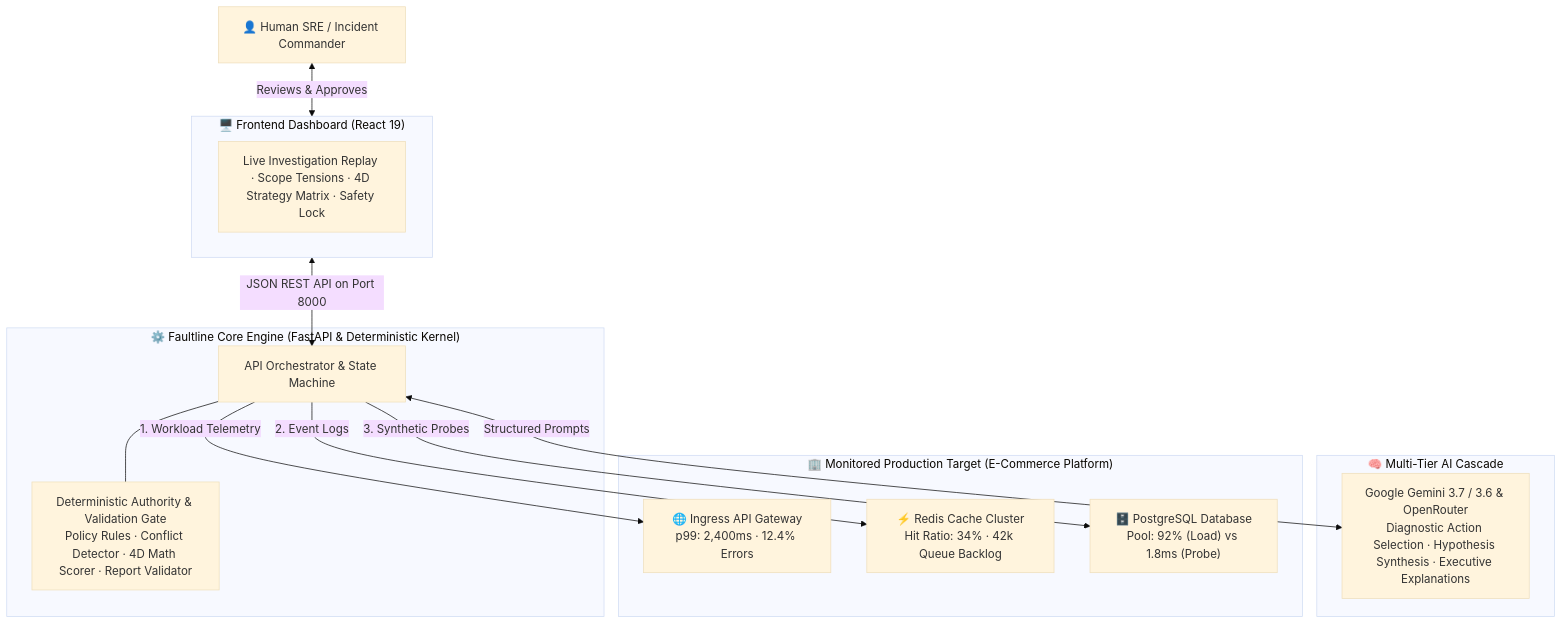
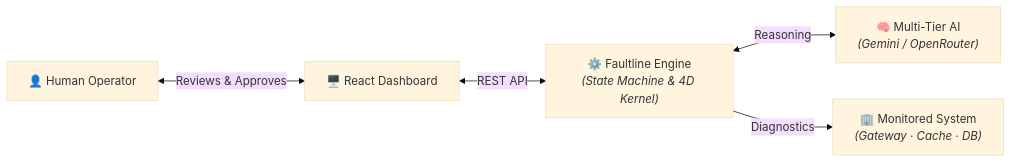
Before and after one commit to AnasBabari/LEC_AI: the first of 3 diagrams in README.md, drawn with Mermaid (base theme). The commit also changed other lines of this file, not shown here.

First line of the commit message:
docs(readme): streamline Mermaid diagrams into compact, clean, readable layouts

````diff
--- a/README.md
+++ b/README.md
@@ -90,31 +88,7 @@
 ```mermaid
-flowchart TD
-    User["👤 Human SRE / Incident Commander"]
-    
-    subgraph UI["🖥️ Frontend Dashboard (React 19)"]
-        UI_Box["Live Investigation Replay · Scope Tensions · 4D Strategy Matrix · Safety Lock"]
-    end
-
-    subgraph Backend["⚙️ Faultline Core Engine (FastAPI & Deterministic Kernel)"]
-        API["API Orchestrator & State Machine"]
-        Kernel["Deterministic Authority & Validation Gate<br/>Policy Rules · Conflict Detector · 4D Math Scorer · Report Validator"]
-        API --- Kernel
-    end
-
-    subgraph AI["🧠 Multi-Tier AI Cascade"]
-        LLM["Google Gemini 3.7 / 3.6 & OpenRouter<br/>Diagnostic Action Selection · Hypothesis Synthesis · Executive Explanations"]
-    end
-
-    subgraph MonitoredSystem["🏢 Monitored Production Target (E-Commerce Platform)"]
-        GW["🌐 Ingress API Gateway<br/>p99: 2,400ms · 12.4% Errors"]
-        Cache["⚡ Redis Cache Cluster<br/>Hit Ratio: 34% · 42k Queue Backlog"]
-        DB["🗄️ PostgreSQL Database<br/>Pool: 92% (Load) vs 1.8ms (Probe)"]
-    end
-
-    User <-->|Reviews & Approves| UI
-    UI <-->|JSON REST API on Port 8000| API
-    API <-->|Structured Prompts| LLM
-    API -->|1. Workload Telemetry| GW
-    API -->|2. Event Logs| Cache
-    API -->|3. Synthetic Probes| DB
+flowchart LR
+    User["👤 Human Operator"] <-->|Reviews & Approves| UI["🖥️ React Dashboard"]
+    UI <-->|REST API| Backend["⚙️ Faultline Engine<br/><i>(State Machine & 4D Kernel)</i>"]
+    Backend <-->|Reasoning| AI["🧠 Multi-Tier AI<br/><i>(Gemini / OpenRouter)</i>"]
+    Backend -->|Diagnostics| Target["🏢 Monitored System<br/><i>(Gateway · Cache · DB)</i>"]
 ```
````
